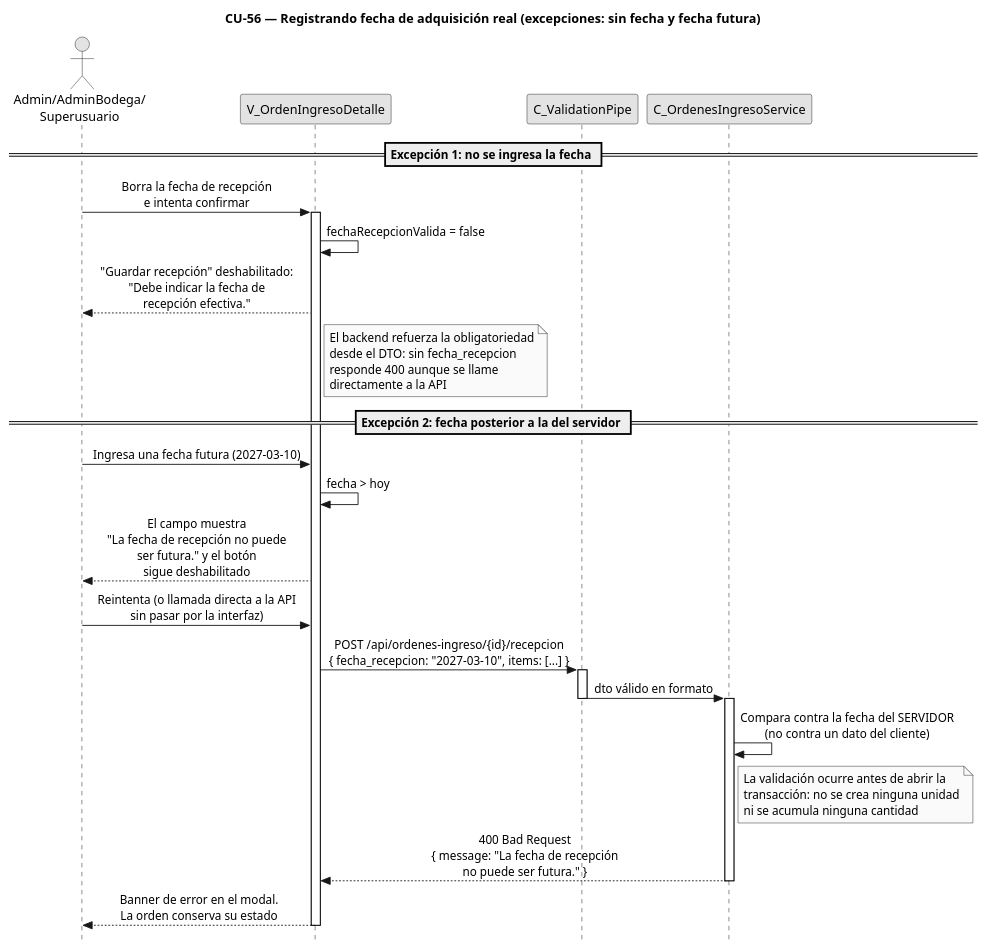
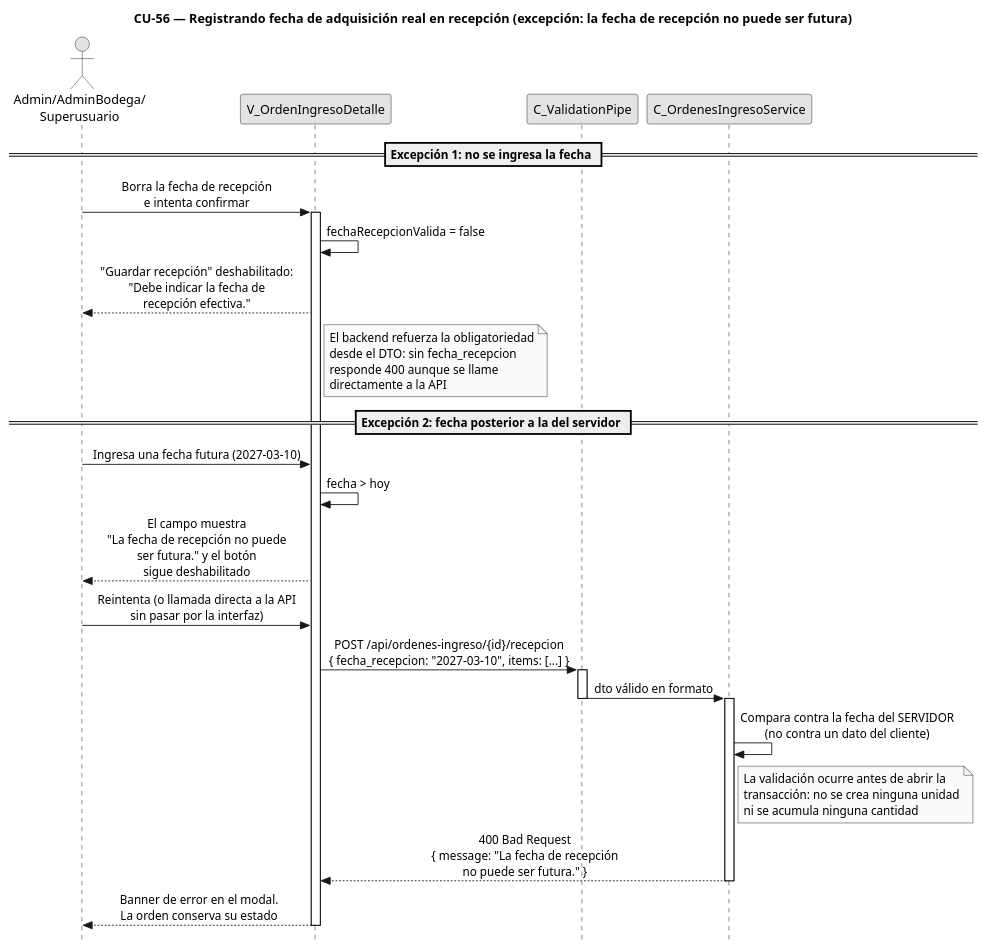
The diagram in diagramas/diagramas-secuencia/CU56/CU56-exc-fecha-futura.puml (FSM-Finet-y-Cable-Magico/Team_1-Inventario-y-Bodega), drawn with PlantUML before and after one commit. The commit also changed 23 other files, not shown here.

Commit message:
docs(diagramas): agrega el nombre oficial del CU a los títulos de CU-52/54/55/56/58/59/60/62/78/84 (formato incremento 1) y re-render

```diff
--- a/diagramas/diagramas-secuencia/CU56/CU56-exc-fecha-futura.puml
+++ b/diagramas/diagramas-secuencia/CU56/CU56-exc-fecha-futura.puml
@@ -1,75 +1,75 @@
 @startuml CU56-FechaAdquisicionReal-Exc-FechaFutura
-title CU-56 — Registrando fecha de adquisición real (excepciones: sin fecha y fecha futura)
+title CU-56 — Registrando fecha de adquisición real en recepción (excepción: la fecha de recepción no puede ser futura)
 
 skinparam style strictuml
 skinparam monochrome true
 skinparam shadowing false
 skinparam sequenceMessageAlign center
 <style>
 sequenceDiagram {
   participant {
     margin 35
   }
   actor {
     margin 15
   }
 }
 </style>
 skinparam sequence {
   MessageAlign center
   LifeLineBorderColor black
 }
 hide footbox
 
 actor "Admin/AdminBodega/\nSuperusuario" as user
 participant "V_OrdenIngresoDetalle" as view
 participant "C_ValidationPipe" as pipe
 participant "C_OrdenesIngresoService" as svc
 
 == Excepción 1: no se ingresa la fecha ==
 
 user -> view : Borra la fecha de recepción\ne intenta confirmar
 activate view
 
 view -> view : fechaRecepcionValida = false
 
 view --> user : "Guardar recepción" deshabilitado:\n"Debe indicar la fecha de\nrecepción efectiva."
 
 note right of view
   El backend refuerza la obligatoriedad
   desde el DTO: sin fecha_recepcion
   responde 400 aunque se llame
   directamente a la API
 end note
 
 == Excepción 2: fecha posterior a la del servidor ==
 
 user -> view : Ingresa una fecha futura (2027-03-10)
 
 view -> view : fecha > hoy
 
 view --> user : El campo muestra\n"La fecha de recepción no puede\nser futura." y el botón\nsigue deshabilitado
 
 user -> view : Reintenta (o llamada directa a la API\nsin pasar por la interfaz)
 
 view -> pipe : POST /api/ordenes-ingreso/{id}/recepcion\n{ fecha_recepcion: "2027-03-10", items: [...] }
 activate pipe
 pipe -> svc : dto válido en formato
 deactivate pipe
 activate svc
 
 svc -> svc : Compara contra la fecha del SERVIDOR\n(no contra un dato del cliente)
 
 note right of svc
   La validación ocurre antes de abrir la
   transacción: no se crea ninguna unidad
   ni se acumula ninguna cantidad
 end note
 
 svc --> view : 400 Bad Request\n{ message: "La fecha de recepción\nno puede ser futura." }
 deactivate svc
 
 view --> user : Banner de error en el modal.\nLa orden conserva su estado
 deactivate view
 
 @enduml
```
